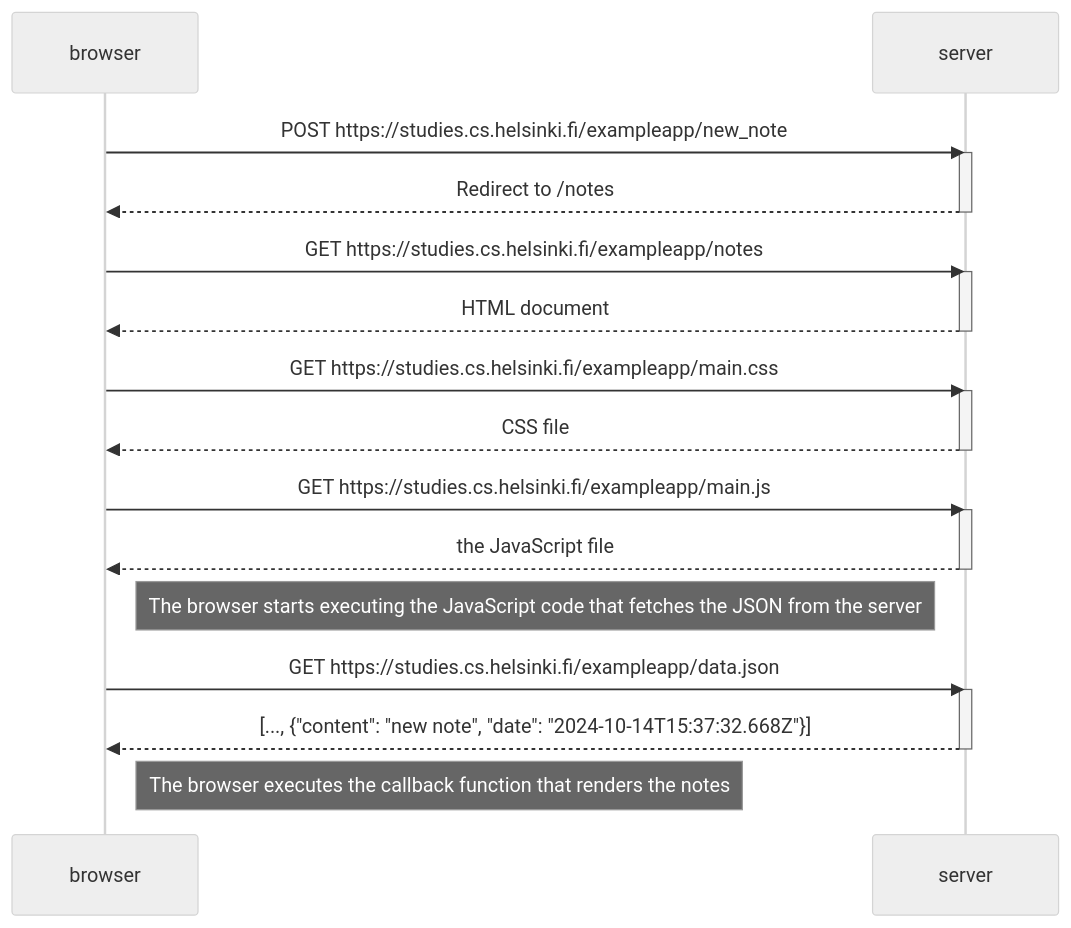
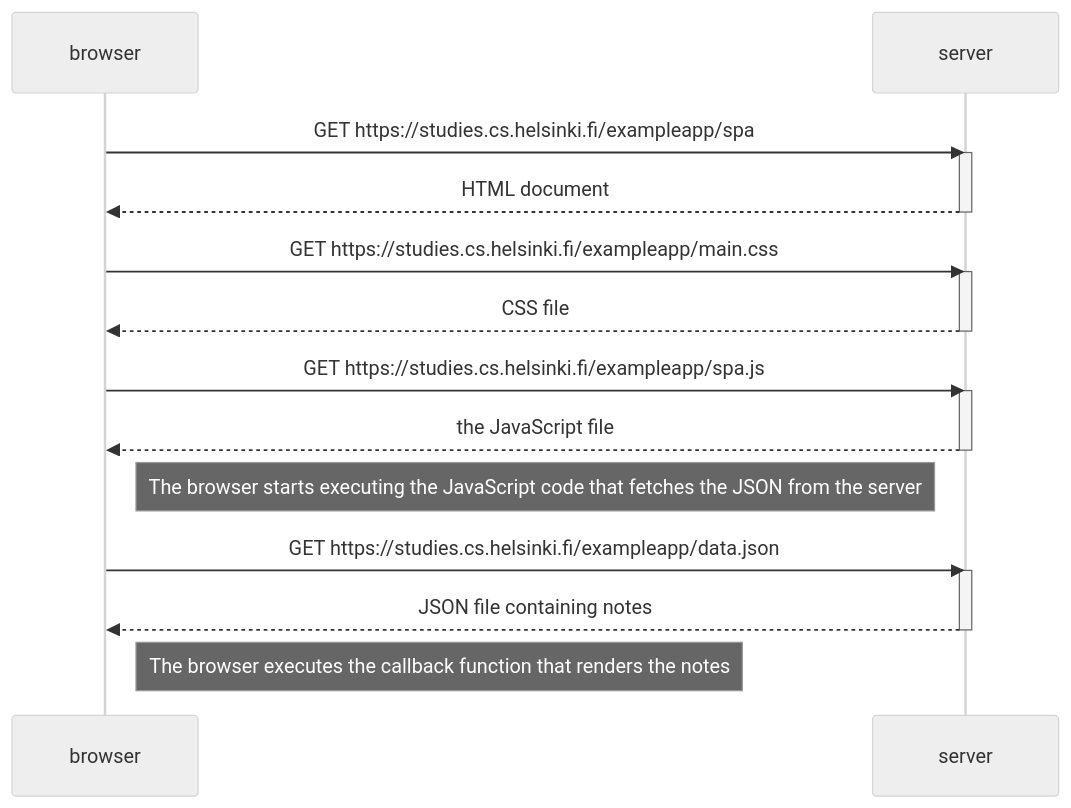
Before and after one commit to leonti98/fullstackopen: the diagram in part0/0.5_spa_diagram.md, drawn with Mermaid (neutral theme).

Commit message:
SPA diagram finished

````diff
--- a/part0/0.5_spa_diagram.md
+++ b/part0/0.5_spa_diagram.md
@@ -1,34 +1,29 @@
 ```mermaid
 sequenceDiagram
 participant browser
 participant server
 
-    browser->>server: POST https://studies.cs.helsinki.fi/exampleapp/new_note
-    activate server
-    server-->>browser: Redirect to /notes
-    deactivate server
-
-    browser->>server: GET https://studies.cs.helsinki.fi/exampleapp/notes
+    browser->>server: GET https://studies.cs.helsinki.fi/exampleapp/spa
     activate server
     server-->>browser: HTML document
     deactivate server
 
     browser->>server: GET https://studies.cs.helsinki.fi/exampleapp/main.css
     activate server
     server-->>browser: CSS file
     deactivate server
 
-    browser->>server: GET https://studies.cs.helsinki.fi/exampleapp/main.js
+    browser->>server: GET https://studies.cs.helsinki.fi/exampleapp/spa.js
     activate server
     server-->>browser: the JavaScript file
     deactivate server
 
     Note right of browser: The browser starts executing the JavaScript code that fetches the JSON from the server
 
     browser->>server: GET https://studies.cs.helsinki.fi/exampleapp/data.json
     activate server
-    server-->>browser: [..., {"content": "new note", "date": "2024-10-14T15:37:32.668Z"}]
+    server-->>browser: JSON file containing notes
     deactivate server
 
     Note right of browser: The browser executes the callback function that renders the notes
 ```
````
